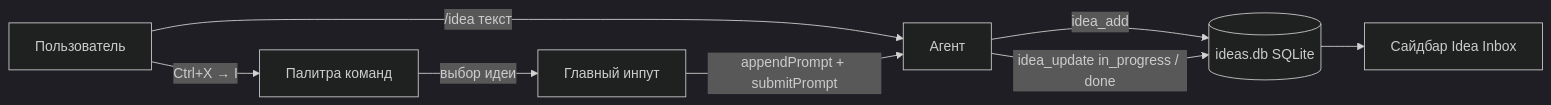
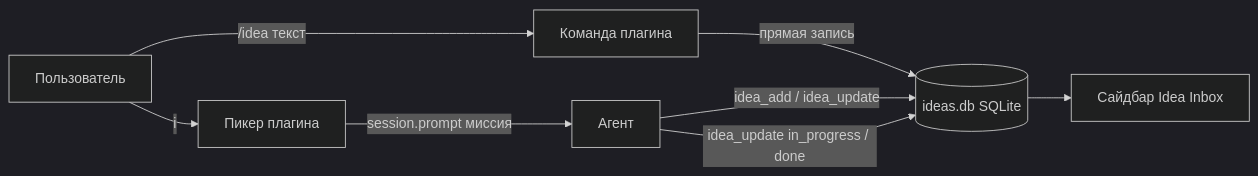
The diagram in README.ru.md (apilot/opencode-idea-inbox), drawn with Mermaid (dark theme) before and after one commit. The commit also changed other lines of this file and 13 other files, not shown here.

````diff
--- a/README.ru.md
+++ b/README.ru.md
@@ -137,10 +156,10 @@
 ```mermaid
 flowchart LR
-    U[Пользователь] -- "/idea текст" --> AG[Агент]
-    AG -- "idea_add" --> DB[(ideas.db SQLite)]
-    U -- "Ctrl+X → I" --> PAL[Палитра команд]
-    PAL -- "выбор идеи" --> INP[Главный инпут]
-    INP -- "appendPrompt + submitPrompt" --> AG
+    U[Пользователь] -- "/idea текст" --> CMD[Команда плагина]
+    CMD -- "прямая запись" --> DB[(ideas.db SQLite)]
+    AG[Агент] -- "idea_add / idea_update" --> DB
+    U -- "<leader>i" --> PICK[Пикер плагина]
+    PICK -- "session.prompt миссия" --> AG
     AG -- "idea_update in_progress / done" --> DB
     DB --> SB[Сайдбар Idea Inbox]
 ```
````
